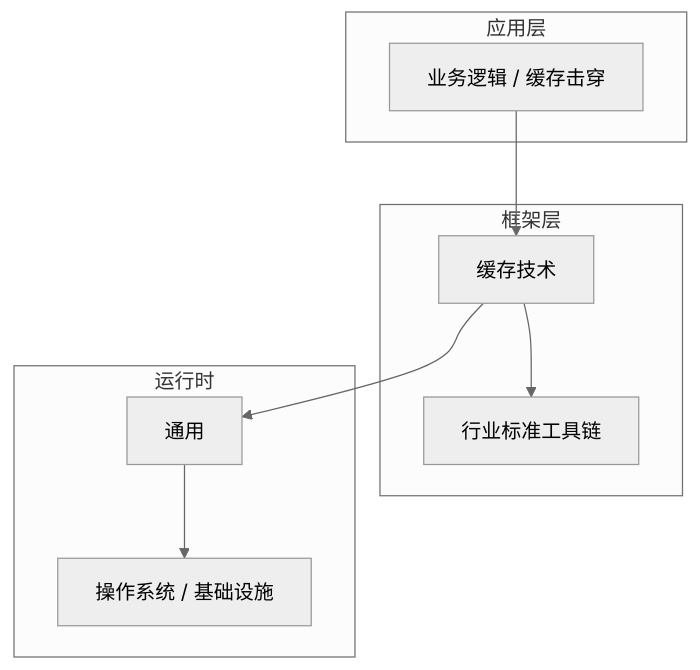
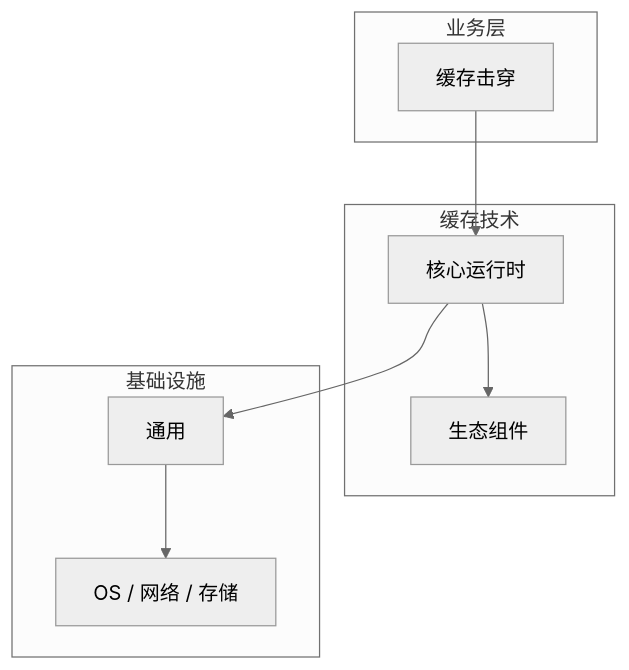
The diagram in articles/缓存技术/chapters/019-缓存击穿核心概念与原理.md (yanggan2015/knowledge-json-v2), drawn with Mermaid (neutral theme) before and after one commit. The commit also changed other lines of this file and 10127 other files, not shown here.

````diff
--- a/articles/缓存技术/chapters/019-缓存击穿核心概念与原理.md
+++ b/articles/缓存技术/chapters/019-缓存击穿核心概念与原理.md
@@ -45,18 +34,18 @@
 ```mermaid
 graph TB
-    subgraph 应用层
-        A[业务逻辑 / 缓存击穿]
+    subgraph 业务层
+        A[缓存击穿]
     end
-    subgraph 框架层
-        B[缓存技术]
-        C[行业标准工具链]
+    subgraph 缓存技术
+        B[核心运行时]
+        C[生态组件]
     end
-    subgraph 运行时
+    subgraph 基础设施
         D[通用]
-        E[操作系统 / 基础设施]
+        E[OS / 网络 / 存储]
     end
     A --> B
     B --> C
     B --> D
     D --> E
 ```
````
